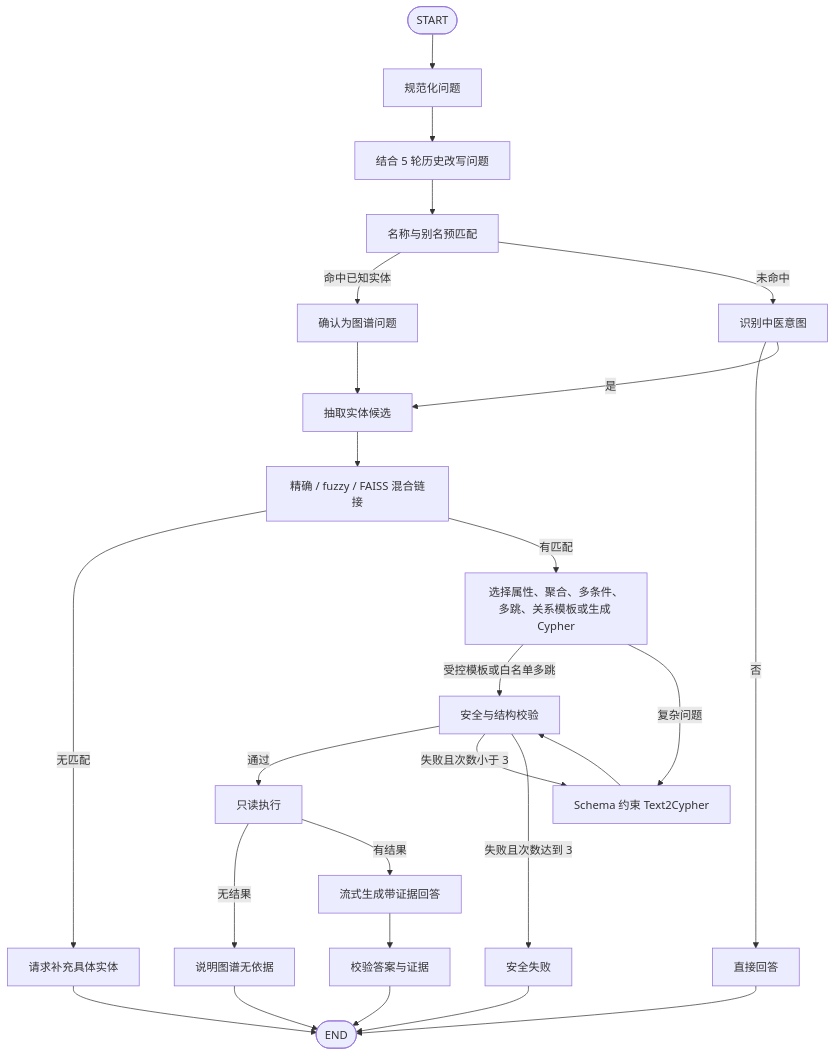
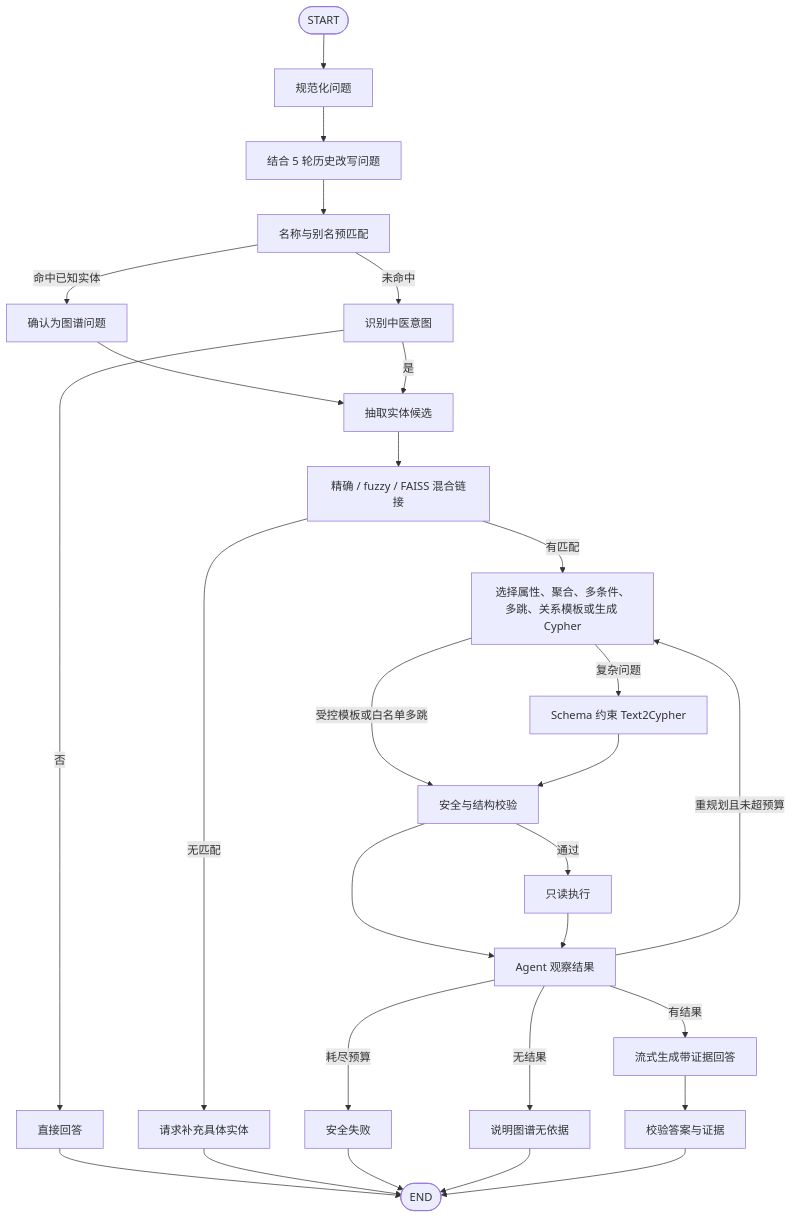
One commit to zhongzubin/Chinese_medicine_knowledgegraph changed the second of 3 diagrams in docs/graph_qa/architecture.md. Above: the diagram before and after it, drawn with Mermaid. The commit also changed other lines of this file and 19 other files, not shown here.

Commit message:
feat(graph_qa): add controlled retrieval agent loop

````diff
--- a/docs/graph_qa/architecture.md
+++ b/docs/graph_qa/architecture.md
@@ -138,28 +141,30 @@
 ```mermaid
 flowchart TD
     Start([START]) --> Normalize[规范化问题]
     Normalize --> Rewrite[结合 5 轮历史改写问题]
     Rewrite --> Prelink[名称与别名预匹配]
     Prelink -->|命中已知实体| KnownIntent[确认为图谱问题]
     Prelink -->|未命中| Intent[识别中医意图]
     KnownIntent --> Extract[抽取实体候选]
     Intent -->|否| Direct[直接回答]
     Intent -->|是| Extract[抽取实体候选]
     Extract --> Link[精确 / fuzzy / FAISS 混合链接]
     Link -->|无匹配| Clarify[请求补充具体实体]
     Link -->|有匹配| Plan[选择属性、聚合、多条件、多跳、关系模板或生成 Cypher]
     Plan -->|受控模板或白名单多跳| Validate[安全与结构校验]
     Plan -->|复杂问题| Text2Cypher[Schema 约束 Text2Cypher]
     Text2Cypher --> Validate
     Validate -->|通过| Execute[只读执行]
-    Validate -->|失败且次数小于 3| Text2Cypher
-    Validate -->|失败且次数达到 3| SafeFail[安全失败]
-    Execute -->|无结果| NoEvidence[说明图谱无依据]
-    Execute -->|有结果| Answer[流式生成带证据回答]
+    Validate --> Observe[Agent 观察结果]
+    Execute --> Observe
+    Observe -->|重规划且未超预算| Plan
+    Observe -->|耗尽预算| SafeFail[安全失败]
+    Observe -->|无结果| NoEvidence[说明图谱无依据]
+    Observe -->|有结果| Answer[流式生成带证据回答]
     Answer --> Verify[校验答案与证据]
     Direct --> End([END])
     Clarify --> End
     SafeFail --> End
     NoEvidence --> End
     Verify --> End
 ```
````
